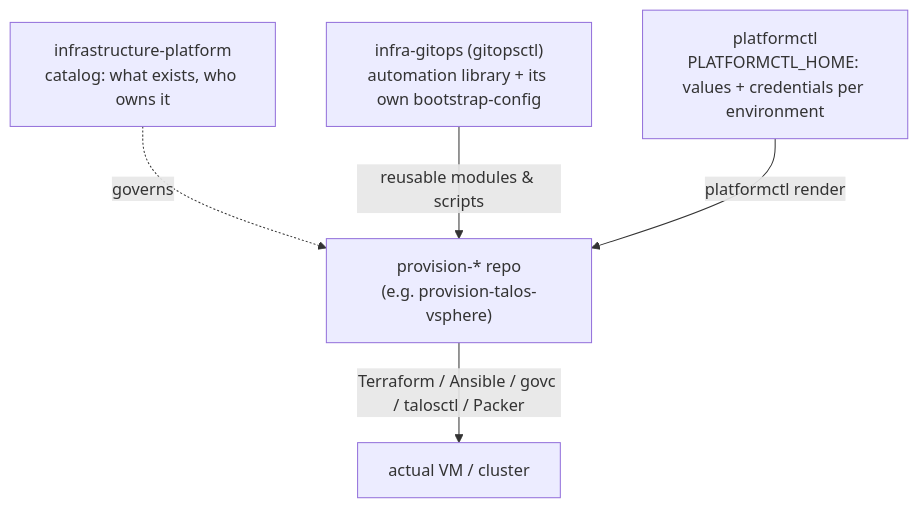
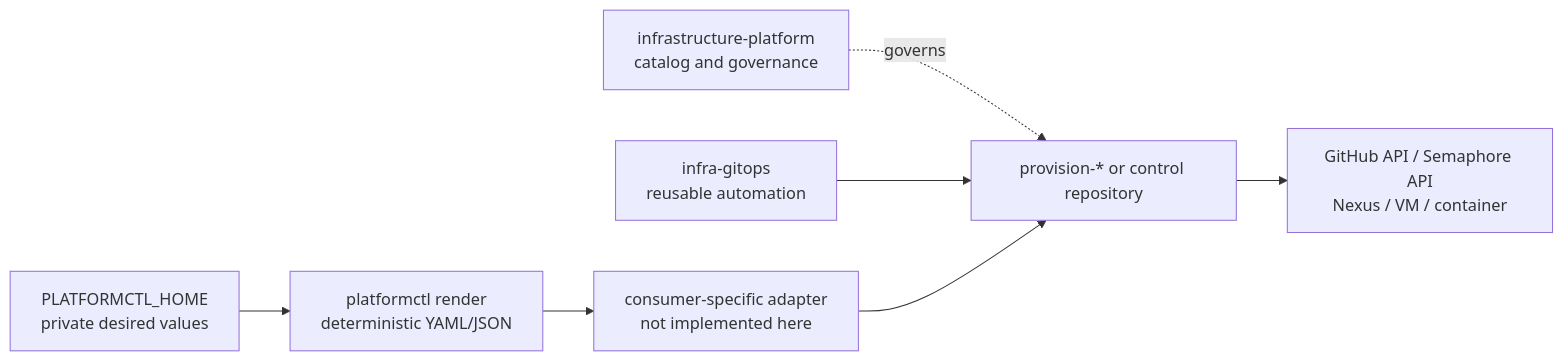
One commit to ednillibanio/platformctl changed the diagram in docs/ecosystem.md. Above: the diagram before and after it, drawn with Mermaid. The commit also changed other lines of this file and 18 other files, not shown here.

````diff
--- a/docs/ecosystem.md
+++ b/docs/ecosystem.md
@@ -20,7 +45,9 @@
 ```mermaid
-flowchart TD
-    A["infrastructure-platform\ncatalog: what exists, who owns it"] -.governs.-> D
-    B["infra-gitops (gitopsctl)\nautomation library + its own bootstrap-config"] -->|reusable modules & scripts| D
-    C["platformctl\nPLATFORMCTL_HOME: values + credentials per environment"] -->|platformctl render| D
-    D["provision-* repo\n(e.g. provision-talos-vsphere)"] -->|Terraform / Ansible / govc / talosctl / Packer| E["actual VM / cluster"]
+flowchart LR
+    C["infrastructure-platform<br/>catalog and governance"] -. governs .-> P
+    I["infra-gitops<br/>reusable automation"] --> P
+    H["PLATFORMCTL_HOME<br/>private desired values"] --> R["platformctl render<br/>deterministic YAML/JSON"]
+    R --> A["consumer-specific adapter<br/>not implemented here"]
+    A --> P["provision-* or control repository"]
+    P --> T["GitHub API / Semaphore API<br/>Nexus / VM / container"]
 ```
````
